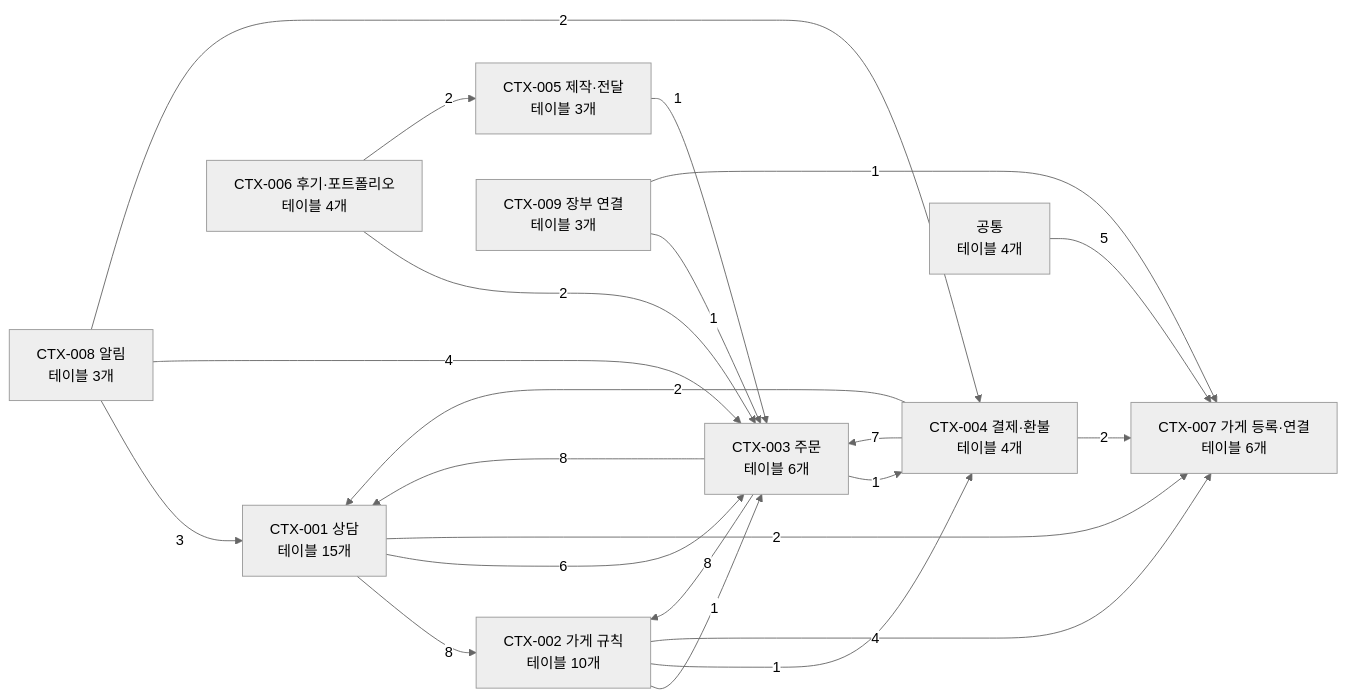
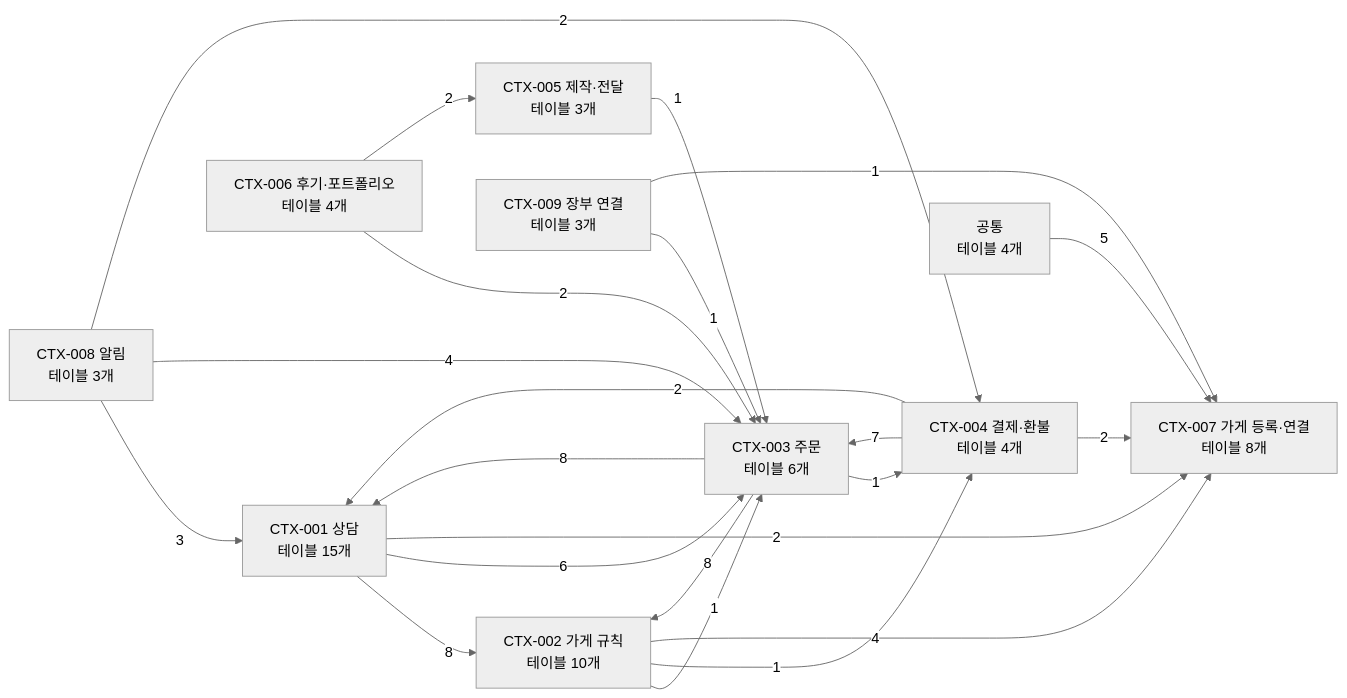
Before and after one commit to kodonghui/siljang.ai: the first of 11 diagrams in docs/05-erd/README.md, drawn with Mermaid (neutral theme). The commit also changed other lines of this file and 39 other files, not shown here.

````diff
--- a/docs/05-erd/README.md
+++ b/docs/05-erd/README.md
@@ -138,34 +140,34 @@
 ```mermaid
 flowchart LR
   C0["CTX-001 상담<br/>테이블 15개"]
   C1["CTX-002 가게 규칙<br/>테이블 10개"]
   C2["CTX-003 주문<br/>테이블 6개"]
   C3["CTX-004 결제·환불<br/>테이블 4개"]
   C4["CTX-005 제작·전달<br/>테이블 3개"]
   C5["CTX-006 후기·포트폴리오<br/>테이블 4개"]
-  C6["CTX-007 가게 등록·연결<br/>테이블 6개"]
+  C6["CTX-007 가게 등록·연결<br/>테이블 8개"]
   C7["CTX-008 알림<br/>테이블 3개"]
   C8["CTX-009 장부 연결<br/>테이블 3개"]
   C9["공통<br/>테이블 4개"]
   C0 -->|8| C1
   C0 -->|6| C2
   C0 -->|2| C6
   C1 -->|1| C2
   C1 -->|1| C3
   C1 -->|4| C6
   C2 -->|8| C0
   C2 -->|8| C1
   C2 -->|1| C3
   C3 -->|2| C0
   C3 -->|7| C2
   C3 -->|2| C6
   C4 -->|1| C2
   C5 -->|2| C2
   C5 -->|2| C4
   C7 -->|3| C0
   C7 -->|4| C2
   C7 -->|2| C3
   C8 -->|1| C2
   C8 -->|1| C6
   C9 -->|5| C6
 ```
````
